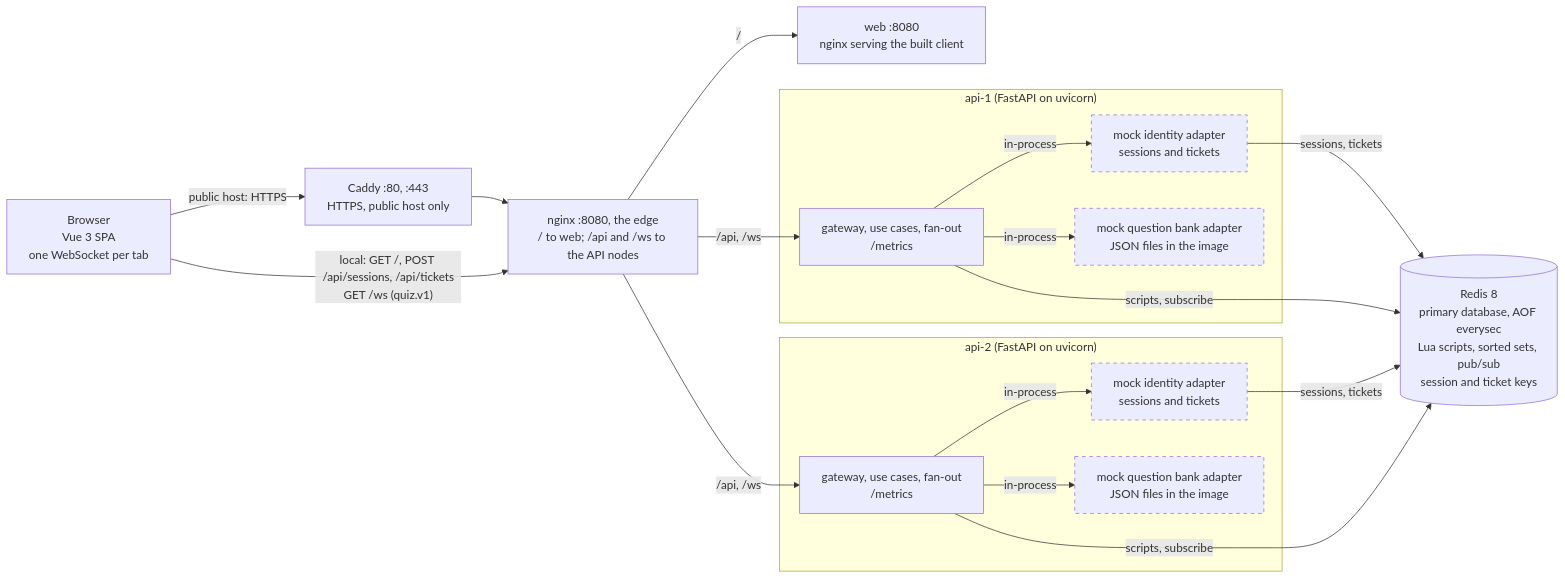
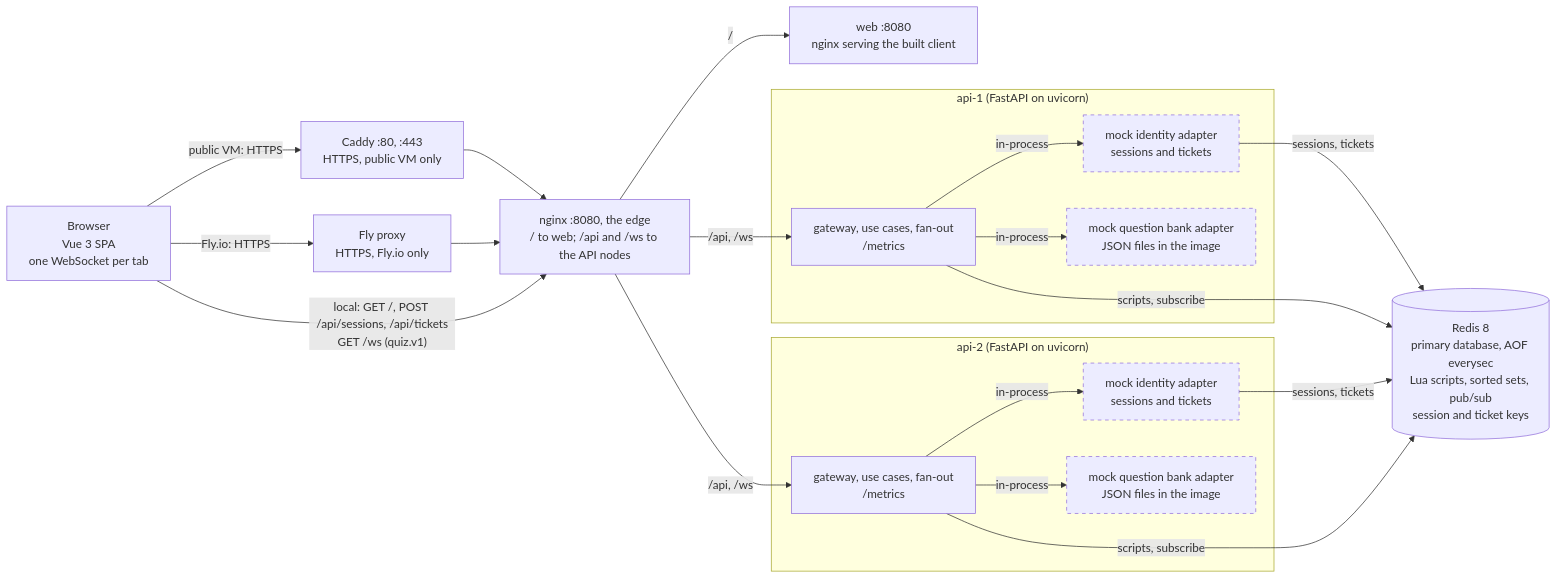
One commit to kobars/realtime-vocab-quiz changed the second of 3 diagrams in DESIGN.md. Above: the diagram before and after it, drawn with Mermaid. The commit also changed other lines of this file, not shown here.

First line of the commit message:
Draw the Fly.io edge now that the Fly.io deploy is on main

````diff
--- a/DESIGN.md
+++ b/DESIGN.md
@@ -145,34 +146,37 @@
 ```mermaid
 flowchart LR
     browser["Browser<br/>Vue 3 SPA<br/>one WebSocket per tab"]
-    caddy["Caddy :80, :443<br/>HTTPS, public host only"]
+    caddy["Caddy :80, :443<br/>HTTPS, public VM only"]
+    fly["Fly proxy<br/>HTTPS, Fly.io only"]
     nginx["nginx :8080, the edge<br/>/ to web; /api and /ws to the API nodes"]
     web["web :8080<br/>nginx serving the built client"]
     subgraph api1["api-1 (FastAPI on uvicorn)"]
         core1["gateway, use cases, fan-out<br/>/metrics"]
         ids1["mock identity adapter<br/>sessions and tickets"]
         bank1["mock question bank adapter<br/>JSON files in the image"]
     end
     subgraph api2["api-2 (FastAPI on uvicorn)"]
         core2["gateway, use cases, fan-out<br/>/metrics"]
         ids2["mock identity adapter<br/>sessions and tickets"]
         bank2["mock question bank adapter<br/>JSON files in the image"]
     end
     redis[("Redis 8<br/>primary database, AOF everysec<br/>Lua scripts, sorted sets, pub/sub<br/>session and ticket keys")]
-    browser -- "public host: HTTPS" --> caddy
+    browser -- "public VM: HTTPS" --> caddy
     caddy --> nginx
+    browser -- "Fly.io: HTTPS" --> fly
+    fly --> nginx
     browser -- "local: GET /, POST /api/sessions, /api/tickets<br/>GET /ws (quiz.v1)" --> nginx
     nginx -- "/" --> web
     nginx -- "/api, /ws" --> core1
     nginx -- "/api, /ws" --> core2
     core1 -- "in-process" --> ids1
     core1 -- "in-process" --> bank1
     core2 -- "in-process" --> ids2
     core2 -- "in-process" --> bank2
     core1 -- "scripts, subscribe" --> redis
     core2 -- "scripts, subscribe" --> redis
     ids1 -- "sessions, tickets" --> redis
     ids2 -- "sessions, tickets" --> redis
     classDef mock stroke-dasharray: 5 5
     class ids1,bank1,ids2,bank2 mock
 ```
````
